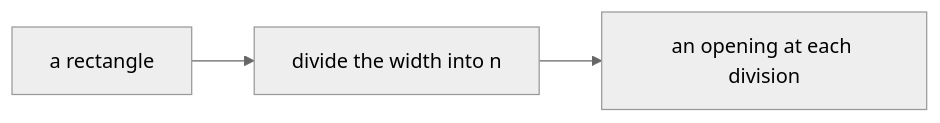
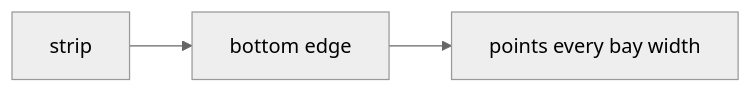
The second of 4 diagrams in Lecture/Week_06/goals.md (rccn-teaching/cdf), drawn with Mermaid (neutral theme) before and after one commit. The commit also changed other lines of this file and 23 other files, not shown here.

Commit message:
Refactor lecture materials for Weeks 13-15: update README and goals to enhance clarity and structure; adjust session objectives and commands; improve flowcharts and voting processes for better engagement and understanding.

````diff
--- a/Lecture/Week_06/goals.md
+++ b/Lecture/Week_06/goals.md
@@ -17,5 +36,7 @@
 ```mermaid
 flowchart LR
-    R["a rectangle"] --> D["divide the width into n"]
-    D --> O["an opening at each division"]
+    S0["strip"]
+    E1["bottom edge"]
+    D2["points every bay width"]
+    S0 --> E1 --> D2
 ```
````
